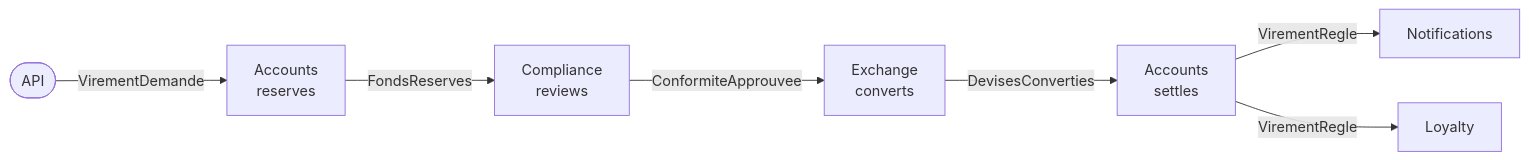
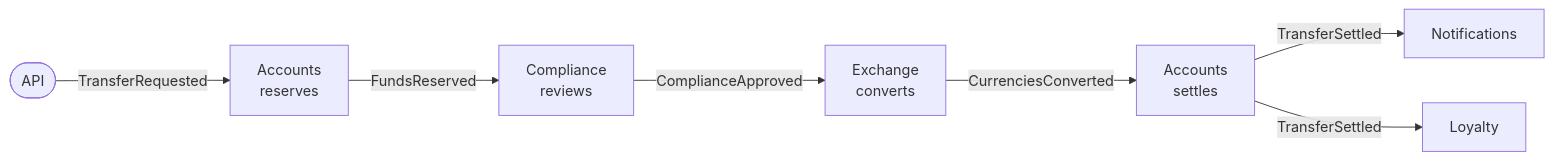
One commit to drangoht/ArchitecturesDemo changed the diagram in Docs/en/21-choregraphie.md. Above: the diagram before and after it, drawn with Mermaid. The commit also changed other lines of this file and 78 other files, not shown here.

First line of the commit message:
Docs EN : identifiants, liens, diagrammes et sorties alignés sur le code anglais

````diff
--- a/Docs/en/21-choregraphie.md
+++ b/Docs/en/21-choregraphie.md
@@ -20,9 +19,9 @@
 ```mermaid
 flowchart LR
-    API(["API"]) -->|"VirementDemande"| CO["Accounts<br/>reserves"]
-    CO -->|"FondsReserves"| CF["Compliance<br/>reviews"]
-    CF -->|"ConformiteApprouvee"| CH["Exchange<br/>converts"]
-    CH -->|"DevisesConverties"| CO2["Accounts<br/>settles"]
-    CO2 -->|"VirementRegle"| NO["Notifications"]
-    CO2 -->|"VirementRegle"| FI["Loyalty"]
+    API(["API"]) -->|"TransferRequested"| CO["Accounts<br/>reserves"]
+    CO -->|"FundsReserved"| CF["Compliance<br/>reviews"]
+    CF -->|"ComplianceApproved"| CH["Exchange<br/>converts"]
+    CH -->|"CurrenciesConverted"| CO2["Accounts<br/>settles"]
+    CO2 -->|"TransferSettled"| NO["Notifications"]
+    CO2 -->|"TransferSettled"| FI["Loyalty"]
 ```
````
